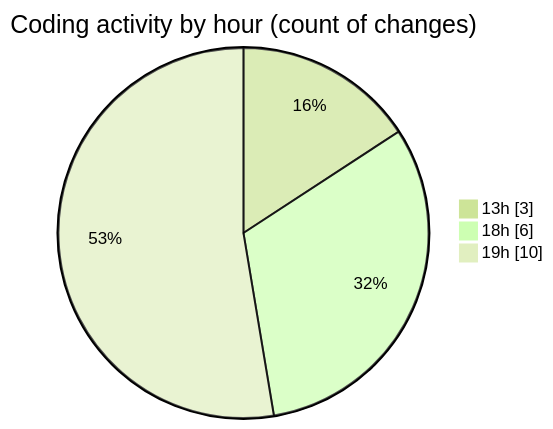
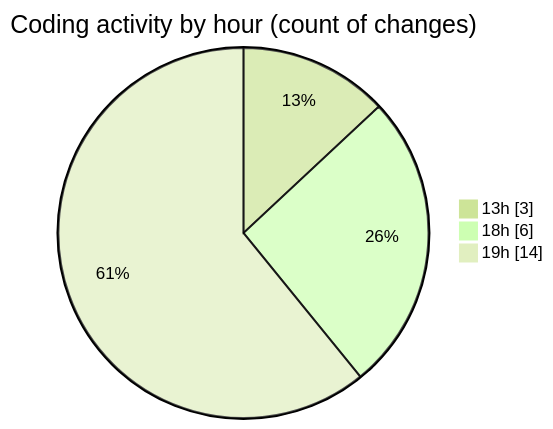
One commit to jrari/code-tracking changed the second of 2 diagrams in 2025-07-16/telebot/README.md. Above: the diagram before and after it, drawn with Mermaid (forest theme). The commit also changed other lines of this file and 1 other file, not shown here.

````diff
--- a/2025-07-16/telebot/README.md
+++ b/2025-07-16/telebot/README.md
@@ -35,7 +37,7 @@
 ```mermaid
 pie showData
 title Coding activity by hour (count of changes)
 "13h" : 3
 "18h" : 6
-"19h" : 10
+"19h" : 14
 ```
````
